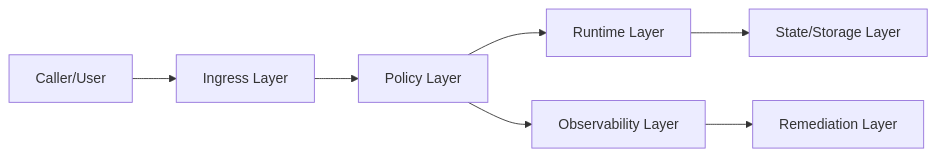
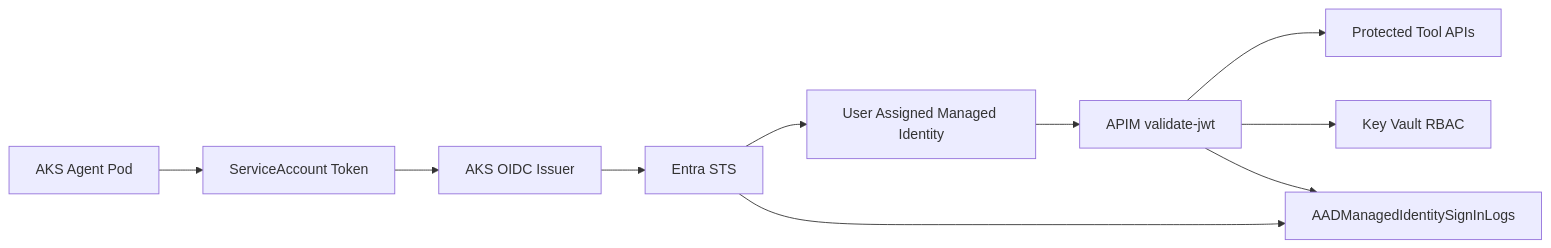
The first of 2 diagrams in workshops/azure-agent-infra/entra-agent-id-workload-federation-cae-jit-pim-faq-r1102.en.md (turbo998/ai-infra-lab), drawn with Mermaid before and after one commit. The commit also changed other lines of this file and 5 other files, not shown here.

````diff
--- a/workshops/azure-agent-infra/entra-agent-id-workload-federation-cae-jit-pim-faq-r1102.en.md
+++ b/workshops/azure-agent-infra/entra-agent-id-workload-federation-cae-jit-pim-faq-r1102.en.md
@@ -126,9 +126,12 @@
 ```mermaid
 flowchart LR
-  Client[Caller/User] --> Ingress[Ingress Layer]
-  Ingress --> Policy[Policy Layer]
-  Policy --> Runtime[Runtime Layer]
-  Runtime --> State[State/Storage Layer]
-  Policy --> Observe[Observability Layer]
-  Observe --> Remediate[Remediation Layer]
+  Pod[AKS Agent Pod] --> SA[ServiceAccount Token]
+  SA --> OIDC[AKS OIDC Issuer]
+  OIDC --> Entra[Entra STS]
+  Entra --> UAMI[User Assigned Managed Identity]
+  UAMI --> APIM[APIM validate-jwt]
+  APIM --> Tool[Protected Tool APIs]
+  APIM --> KV[Key Vault RBAC]
+  Entra --> SignIn[AADManagedIdentitySignInLogs]
+  APIM --> SignIn
 ```
````
